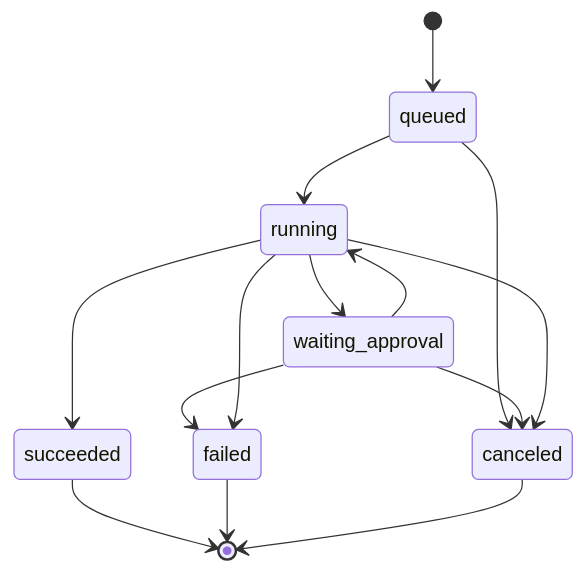
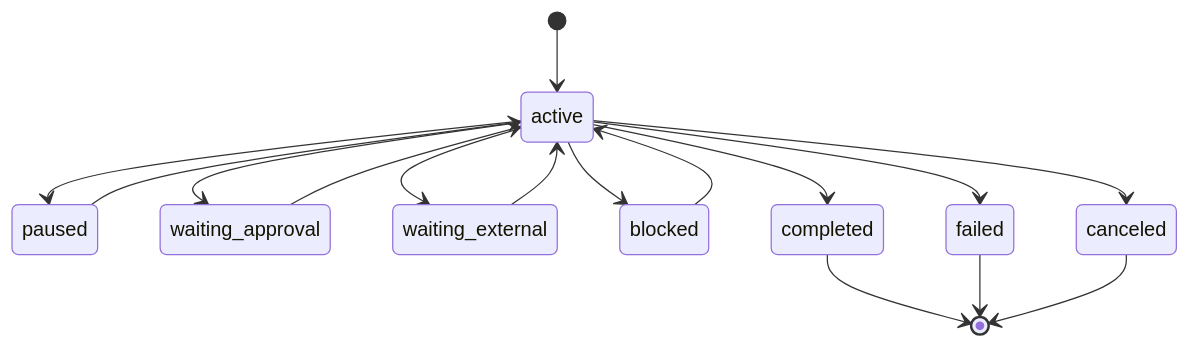
Before and after one commit to Ssshake1996/myterm: the second of 3 diagrams in docs/linux-agent-specification.md, drawn with Mermaid. The commit also changed other lines of this file and 51 other files, not shown here.

````diff
--- a/docs/linux-agent-specification.md
+++ b/docs/linux-agent-specification.md
@@ -276,16 +274,18 @@
 ```mermaid
 stateDiagram-v2
-    [*] --> queued
-    queued --> running
-    queued --> canceled
-    running --> waiting_approval
-    waiting_approval --> running
-    waiting_approval --> failed
-    waiting_approval --> canceled
-    running --> succeeded
-    running --> failed
-    running --> canceled
-    succeeded --> [*]
+    [*] --> active
+    active --> paused
+    paused --> active
+    active --> waiting_approval
+    waiting_approval --> active
+    active --> waiting_external
+    waiting_external --> active
+    active --> blocked
+    blocked --> active
+    active --> completed
+    active --> failed
+    active --> canceled
+    completed --> [*]
     failed --> [*]
     canceled --> [*]
 ```
````
